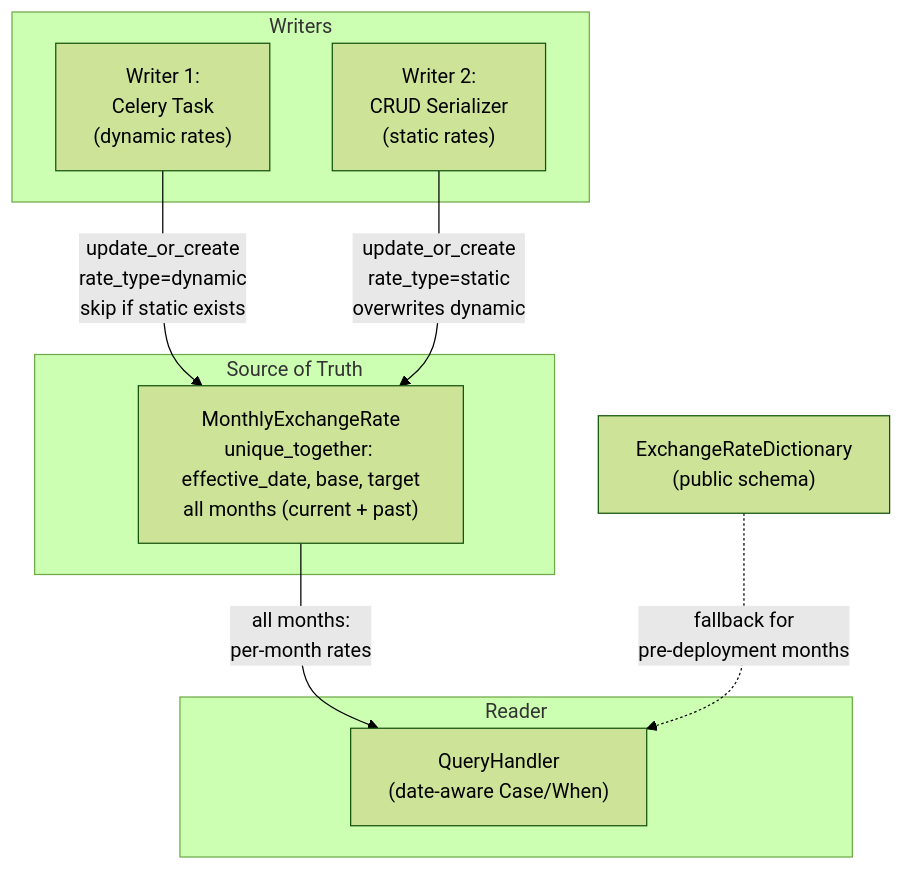
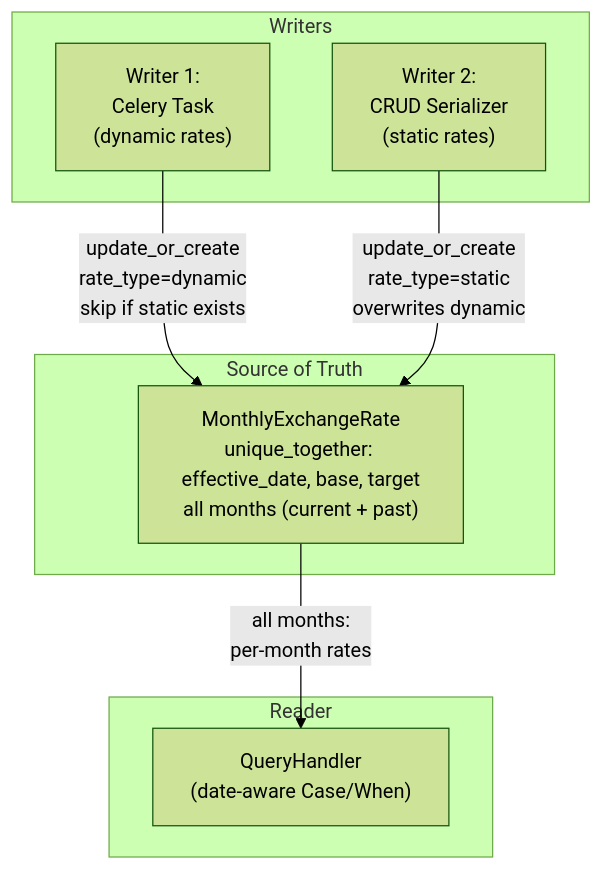
One commit to project-koku/koku changed the second of 2 diagrams in docs/architecture/constant-currency/pipeline-changes.md. Above: the diagram before and after it, drawn with Mermaid (forest theme). The commit also changed other lines of this file and 4 other files, not shown here.

First line of the commit message:
COST-7252: Seed current-month data in M2 migration, remove ExchangeRateDictionary fallback

````diff
--- a/docs/architecture/constant-currency/pipeline-changes.md
+++ b/docs/architecture/constant-currency/pipeline-changes.md
@@ -92,17 +92,16 @@
 ```mermaid
 graph TD
     subgraph "Writers"
         W1["Writer 1:<br/>Celery Task<br/>(dynamic rates)"]
         W2["Writer 2:<br/>CRUD Serializer<br/>(static rates)"]
     end
     subgraph "Source of Truth"
         MER["MonthlyExchangeRate<br/>unique_together: effective_date, base, target<br/>all months (current + past)"]
     end
     subgraph "Reader"
         QH["QueryHandler<br/>(date-aware Case/When)"]
     end
     W1 -->|"update_or_create<br/>rate_type=dynamic<br/>skip if static exists"| MER
     W2 -->|"update_or_create<br/>rate_type=static<br/>overwrites dynamic"| MER
     MER -->|"all months:<br/>per-month rates"| QH
-    ERD["ExchangeRateDictionary<br/>(public schema)"] -.->|"fallback for<br/>pre-deployment months"| QH
 ```
````
